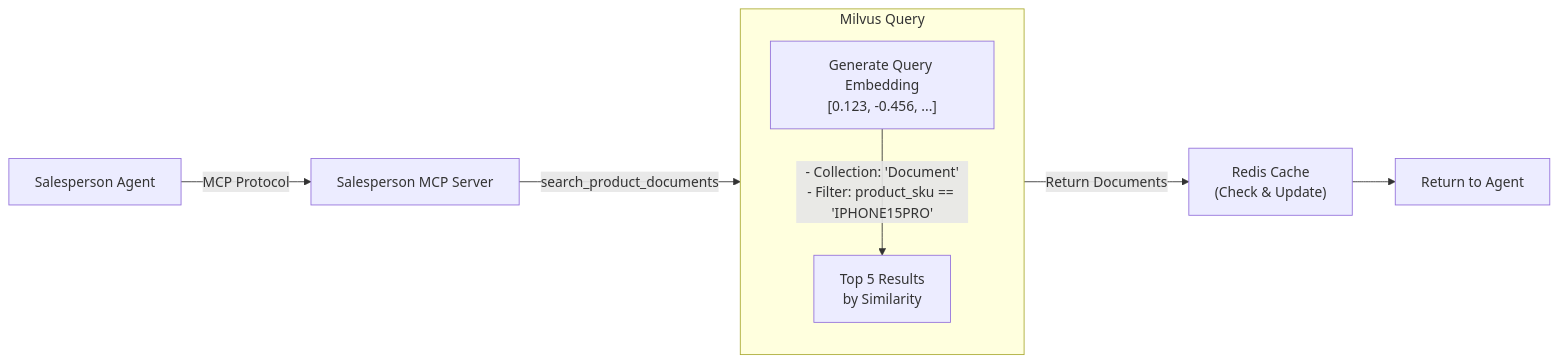
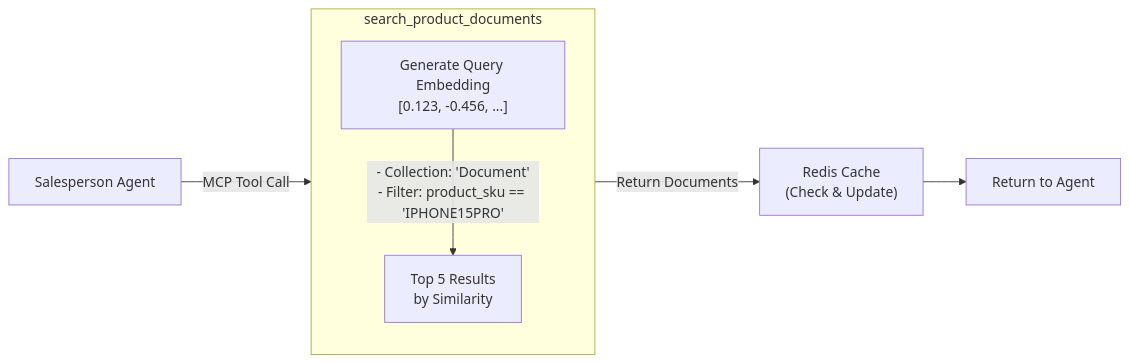
Before and after one commit to biabeogo147/Agent-Ecosystem-Salesperson-and-Payment: the fifth of 9 diagrams in DemoScenarios.md, drawn with Mermaid. The commit also changed other lines of this file, not shown here.

````diff
--- a/DemoScenarios.md
+++ b/DemoScenarios.md
@@ -341,19 +335,17 @@
 ```mermaid
 flowchart LR
     SalesAgent["Salesperson Agent"]
-    MCP["Salesperson MCP Server"]
     Redis["Redis Cache<br/>(Check & Update)"]
     Result["Return to Agent"]
     
-    subgraph MilvusQuery["Milvus Query"]
+    subgraph MilvusQuery["search_product_documents"]
         direction TB
         Embed["Generate Query Embedding<br/>[0.123, -0.456, ...]"]
         TopK["Top 5 Results<br/>by Similarity"]
         Embed --> |"- Collection: 'Document'<br/>- Filter: product_sku == 'IPHONE15PRO'"| TopK
     end
     
-    SalesAgent -->|"MCP Protocol"| MCP
-    MCP --> |"search_product_documents"| MilvusQuery
+    SalesAgent -->|"MCP Tool Call"| MilvusQuery
     TopK -->|"Return Documents"| Redis
     Redis --> Result
 ```
````
